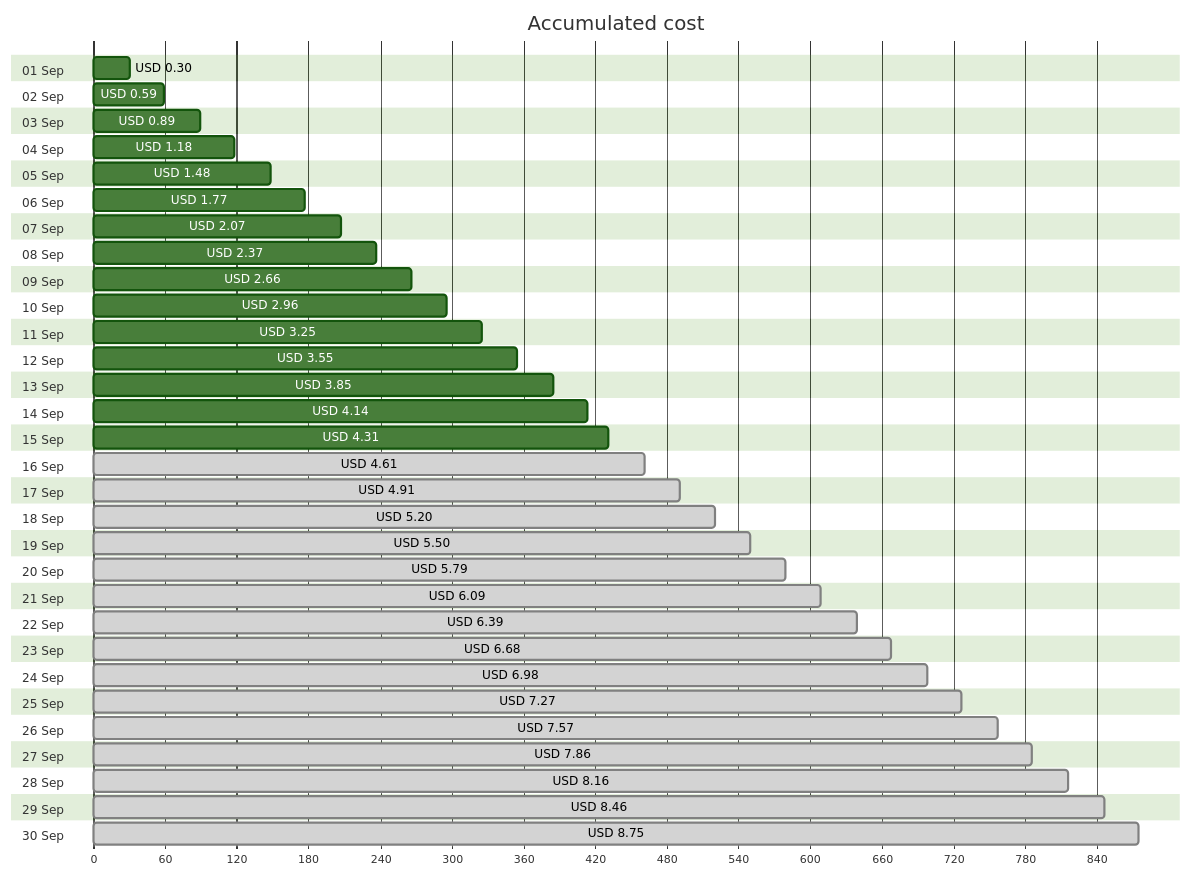
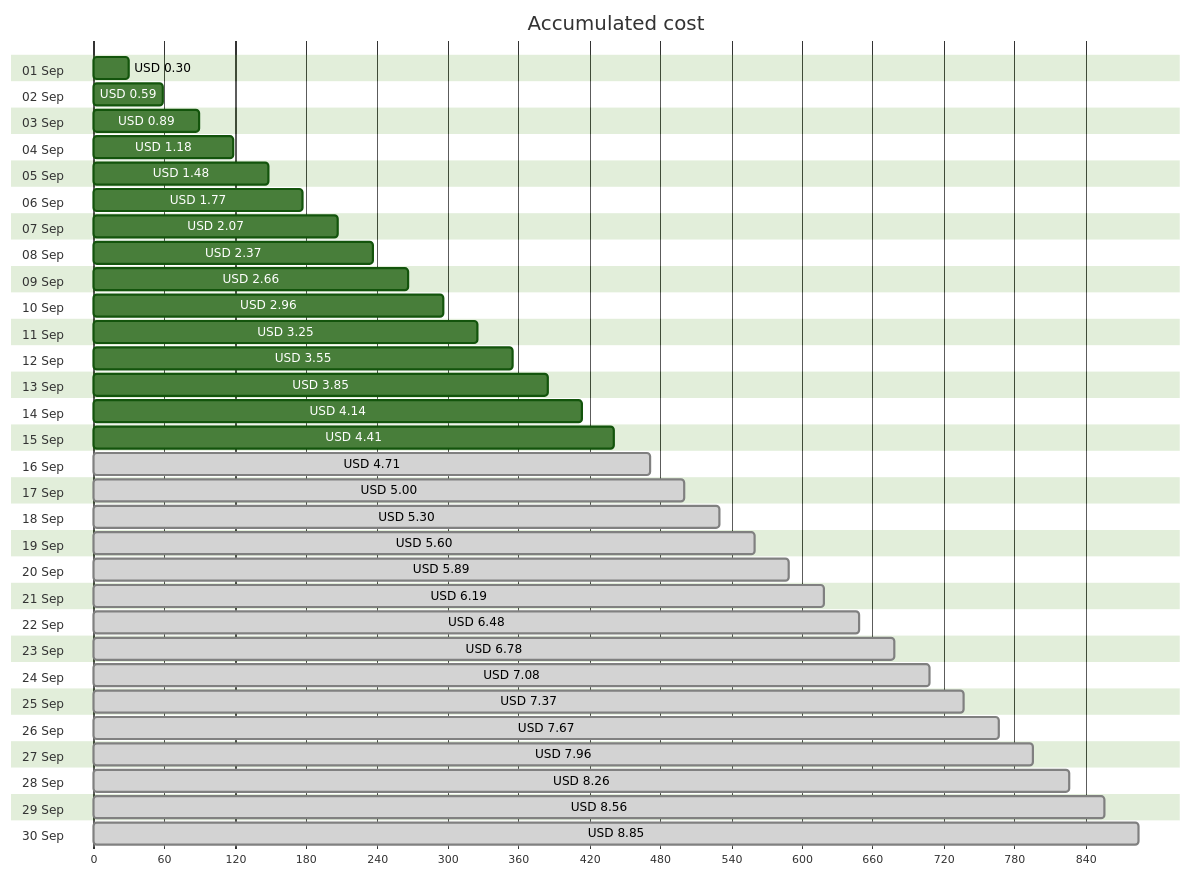
The first of 4 diagrams in cost-reports/personal-site/personal-site-preview.md (jpfulton/azure-personal-reports), drawn with Mermaid (forest theme) before and after one commit. The commit also changed other lines of this file and 5 other files, not shown here.

````diff
--- a/cost-reports/personal-site/personal-site-preview.md
+++ b/cost-reports/personal-site/personal-site-preview.md
@@ -20,66 +20,66 @@
 ```mermaid
 gantt
    title Accumulated cost
    dateFormat  X
    axisFormat %s
    section 01 Sep
    USD 0.30 :0, 30
    section 02 Sep
    USD 0.59 :0, 59
    section 03 Sep
    USD 0.89 :0, 89
    section 04 Sep
    USD 1.18 :0, 118
    section 05 Sep
    USD 1.48 :0, 148
    section 06 Sep
    USD 1.77 :0, 177
    section 07 Sep
    USD 2.07 :0, 207
    section 08 Sep
    USD 2.37 :0, 237
    section 09 Sep
    USD 2.66 :0, 266
    section 10 Sep
    USD 2.96 :0, 296
    section 11 Sep
    USD 3.25 :0, 325
    section 12 Sep
    USD 3.55 :0, 355
    section 13 Sep
    USD 3.85 :0, 385
    section 14 Sep
    USD 4.14 :0, 414
    section 15 Sep
-   USD 4.31 :0, 431
+   USD 4.41 :0, 441
    section 16 Sep
-   USD 4.61 : done, 0, 461
+   USD 4.71 : done, 0, 471
    section 17 Sep
-   USD 4.91 : done, 0, 491
+   USD 5.00 : done, 0, 500
    section 18 Sep
-   USD 5.20 : done, 0, 520
+   USD 5.30 : done, 0, 530
    section 19 Sep
-   USD 5.50 : done, 0, 550
+   USD 5.60 : done, 0, 560
    section 20 Sep
-   USD 5.79 : done, 0, 579
+   USD 5.89 : done, 0, 589
    section 21 Sep
-   USD 6.09 : done, 0, 609
+   USD 6.19 : done, 0, 619
    section 22 Sep
-   USD 6.39 : done, 0, 639
+   USD 6.48 : done, 0, 648
    section 23 Sep
-   USD 6.68 : done, 0, 668
+   USD 6.78 : done, 0, 678
    section 24 Sep
-   USD 6.98 : done, 0, 698
+   USD 7.08 : done, 0, 708
    section 25 Sep
-   USD 7.27 : done, 0, 727
+   USD 7.37 : done, 0, 737
    section 26 Sep
-   USD 7.57 : done, 0, 757
+   USD 7.67 : done, 0, 767
    section 27 Sep
-   USD 7.86 : done, 0, 786
+   USD 7.96 : done, 0, 796
    section 28 Sep
-   USD 8.16 : done, 0, 816
+   USD 8.26 : done, 0, 826
    section 29 Sep
-   USD 8.46 : done, 0, 846
+   USD 8.56 : done, 0, 856
    section 30 Sep
-   USD 8.75 : done, 0, 875
+   USD 8.85 : done, 0, 885
 ```
````
